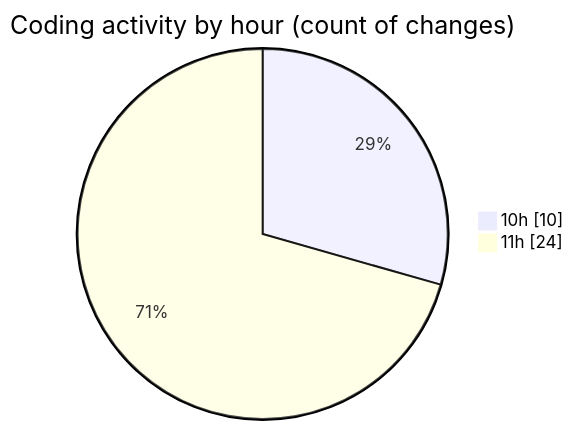
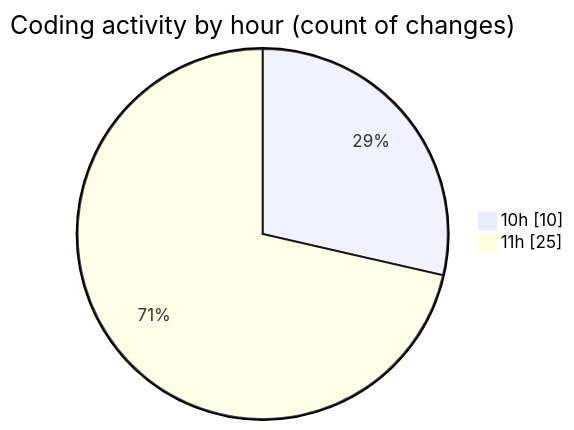
Before and after one commit to momahboobian/code-tracking: the second of 2 diagrams in 2026-05-21/pdf_invoice/README.md, drawn with Mermaid. The commit also changed other lines of this file and 1 other file, not shown here.

````diff
--- a/2026-05-21/pdf_invoice/README.md
+++ b/2026-05-21/pdf_invoice/README.md
@@ -35,6 +35,6 @@
 ```mermaid
 pie showData
 title Coding activity by hour (count of changes)
 "10h" : 10
-"11h" : 24
+"11h" : 25
 ```
````
